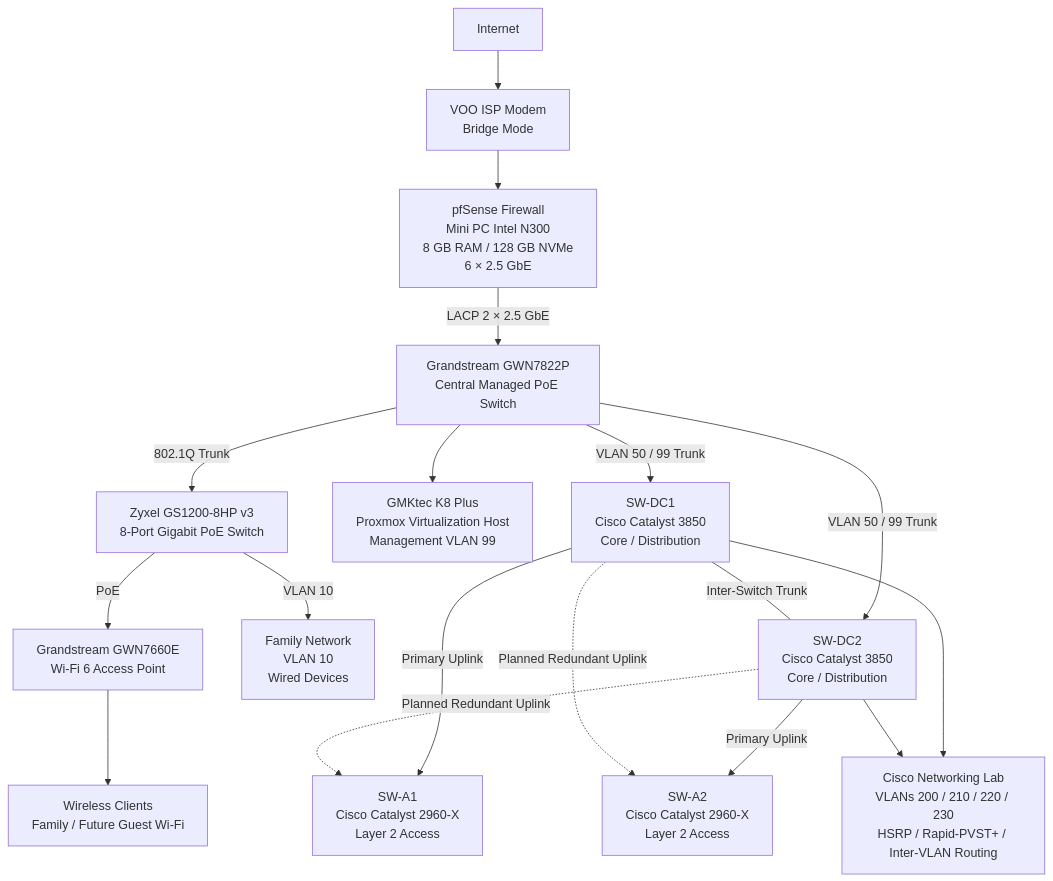
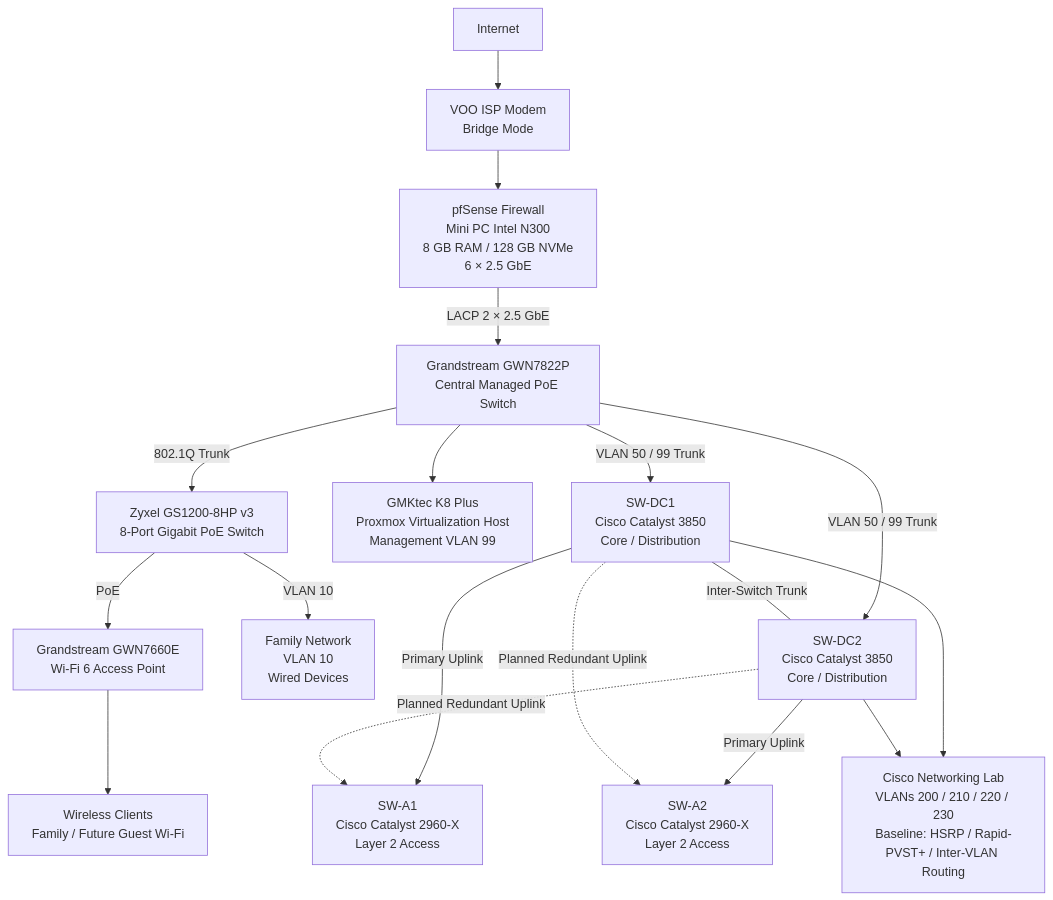
One commit to Cypherlab777/Homelab changed the diagram in README.md. Above: the diagram before and after it, drawn with Mermaid. The commit also changed other lines of this file, not shown here.

````diff
--- a/README.md
+++ b/README.md
@@ -32,65 +31,65 @@
 ```mermaid
 flowchart TD
 
     INTERNET["Internet"]
 
     VOO["VOO ISP Modem<br/>Bridge Mode"]
 
     PFSENSE["pfSense Firewall<br/>Mini PC Intel N300<br/>8 GB RAM / 128 GB NVMe<br/>6 × 2.5 GbE"]
 
     GRANDSTREAM["Grandstream GWN7822P<br/>Central Managed PoE Switch"]
 
     ZYXEL["Zyxel GS1200-8HP v3<br/>8-Port Gigabit PoE Switch"]
 
     AP["Grandstream GWN7660E<br/>Wi-Fi 6 Access Point"]
 
     FAMILY["Family Network<br/>VLAN 10<br/>Wired Devices"]
 
     WIFI["Wireless Clients<br/>Family / Future Guest Wi-Fi"]
 
     PROXMOX["GMKtec K8 Plus<br/>Proxmox Virtualization Host<br/>Management VLAN 99"]
 
     DC1["SW-DC1<br/>Cisco Catalyst 3850<br/>Core / Distribution"]
 
     DC2["SW-DC2<br/>Cisco Catalyst 3850<br/>Core / Distribution"]
 
     A1["SW-A1<br/>Cisco Catalyst 2960-X<br/>Layer 2 Access"]
 
     A2["SW-A2<br/>Cisco Catalyst 2960-X<br/>Layer 2 Access"]
 
-    CISCOLAB["Cisco Networking Lab<br/>VLANs 200 / 210 / 220 / 230<br/>HSRP / Rapid-PVST+ / Inter-VLAN Routing"]
+    CISCOLAB["Cisco Networking Lab<br/>VLANs 200 / 210 / 220 / 230<br/>Baseline: HSRP / Rapid-PVST+ / Inter-VLAN Routing"]
 
     INTERNET --> VOO
 
     VOO --> PFSENSE
 
     PFSENSE -->|"LACP 2 × 2.5 GbE"| GRANDSTREAM
 
     GRANDSTREAM -->|"802.1Q Trunk"| ZYXEL
 
     ZYXEL -->|"VLAN 10"| FAMILY
 
     ZYXEL -->|"PoE"| AP
 
     AP --> WIFI
 
     GRANDSTREAM --> PROXMOX
 
     GRANDSTREAM -->|"VLAN 50 / 99 Trunk"| DC1
 
     GRANDSTREAM -->|"VLAN 50 / 99 Trunk"| DC2
 
     DC1 ---|"Inter-Switch Trunk"| DC2
 
     DC1 -->|"Primary Uplink"| A1
 
     DC2 -->|"Primary Uplink"| A2
 
     DC2 -.->|"Planned Redundant Uplink"| A1
 
     DC1 -.->|"Planned Redundant Uplink"| A2
 
     DC1 --> CISCOLAB
 
     DC2 --> CISCOLAB
 ```
````
